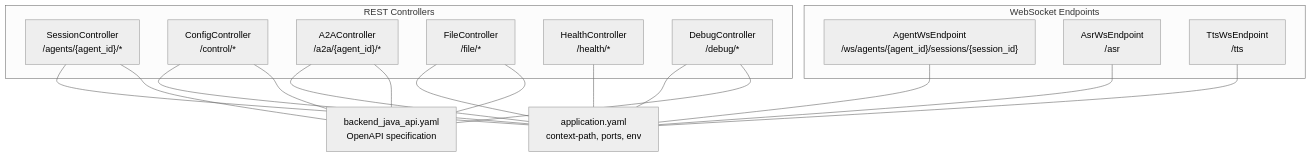
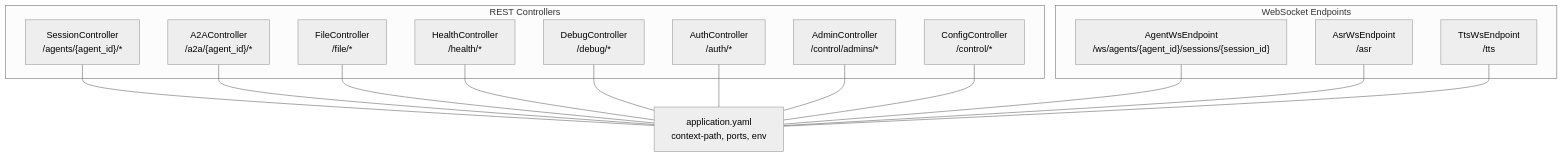
One commit to alibaba/tron-one-agent changed the first of 4 diagrams in .qoder/repowiki/en/content/API Reference/API Reference.md. Above: the diagram before and after it, drawn with Mermaid (neutral theme). The commit also changed other lines of this file and 13 other files, not shown here.

````diff
--- a/.qoder/repowiki/en/content/API Reference/API Reference.md
+++ b/.qoder/repowiki/en/content/API Reference/API Reference.md
@@ -69,32 +71,30 @@
 ```mermaid
 graph TB
 subgraph "REST Controllers"
 SC["SessionController<br/>/agents/{agent_id}/*"]
-CC["ConfigController<br/>/control/*"]
 AC["A2AController<br/>/a2a/{agent_id}/*"]
 FC["FileController<br/>/file/*"]
 HC["HealthController<br/>/health/*"]
 DC["DebugController<br/>/debug/*"]
+AuthC["AuthController<br/>/auth/*"]
+AdminC["AdminController<br/>/control/admins/*"]
+ConfigC["ConfigController<br/>/control/*"]
 end
 subgraph "WebSocket Endpoints"
 WSA["AgentWsEndpoint<br/>/ws/agents/{agent_id}/sessions/{session_id}"]
 WSR["AsrWsEndpoint<br/>/asr"]
 WST["TtsWsEndpoint<br/>/tts"]
 end
 CFG["application.yaml<br/>context-path, ports, env"]
-OAS["backend_java_api.yaml<br/>OpenAPI specification"]
 SC --- CFG
-CC --- CFG
 AC --- CFG
 FC --- CFG
 HC --- CFG
 DC --- CFG
+AuthC --- CFG
+AdminC --- CFG
+ConfigC --- CFG
 WSA --- CFG
 WSR --- CFG
 WST --- CFG
-CC --- OAS
-SC --- OAS
-AC --- OAS
-FC --- OAS
-DC --- OAS
 ```
````
